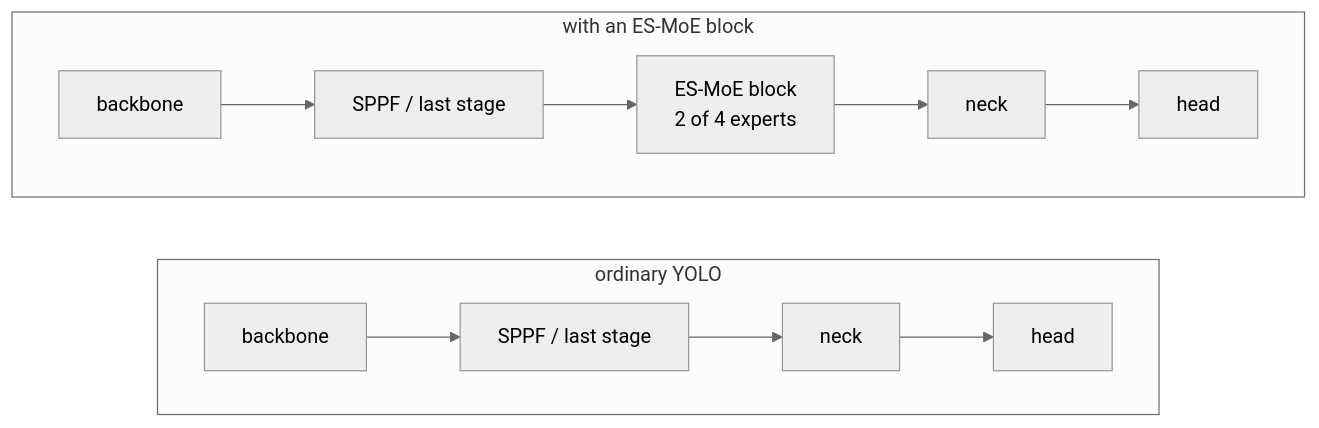
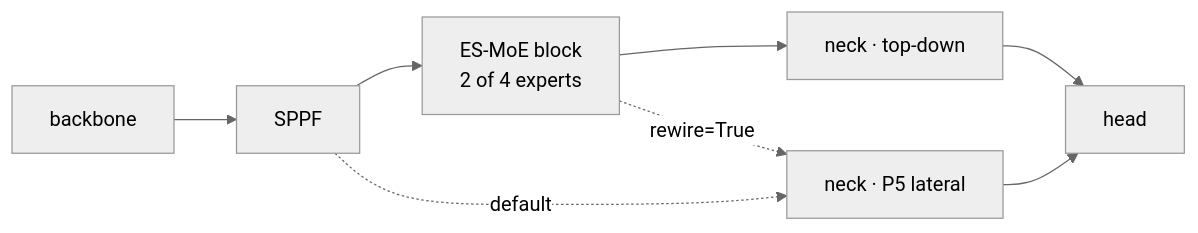
The first of 2 diagrams in docs/design.en.md (Lfan-ke/ES-MoE), drawn with Mermaid (neutral theme) before and after one commit. The commit also changed other lines of this file and 28 other files, not shown here.

Commit message:
docs(site): a figure for every result, dark-aware diagrams, libraries loaded on demand, and corrected comparisons.

````diff
--- a/docs/design.en.md
+++ b/docs/design.en.md
@@ -9,11 +12,10 @@
 ```mermaid
 flowchart LR
-    subgraph Y["ordinary YOLO"]
-        direction LR
-        y1["backbone"] --> y2["SPPF / last stage"] --> y3["neck"] --> y4["head"]
-    end
-    subgraph E["with an ES-MoE block"]
-        direction LR
-        e1["backbone"] --> e2["SPPF / last stage"] --> e5["ES-MoE block<br/>2 of 4 experts"] --> e3["neck"] --> e4["head"]
-    end
+    B["backbone"] --> S["SPPF"]
+    S --> E["ES-MoE block<br/>2 of 4 experts"]
+    E --> N1["neck · top-down"]
+    S -. "default" .-> N2["neck · P5 lateral"]
+    E -. "rewire=True" .-> N2
+    N1 --> H["head"]
+    N2 --> H
 ```
````
